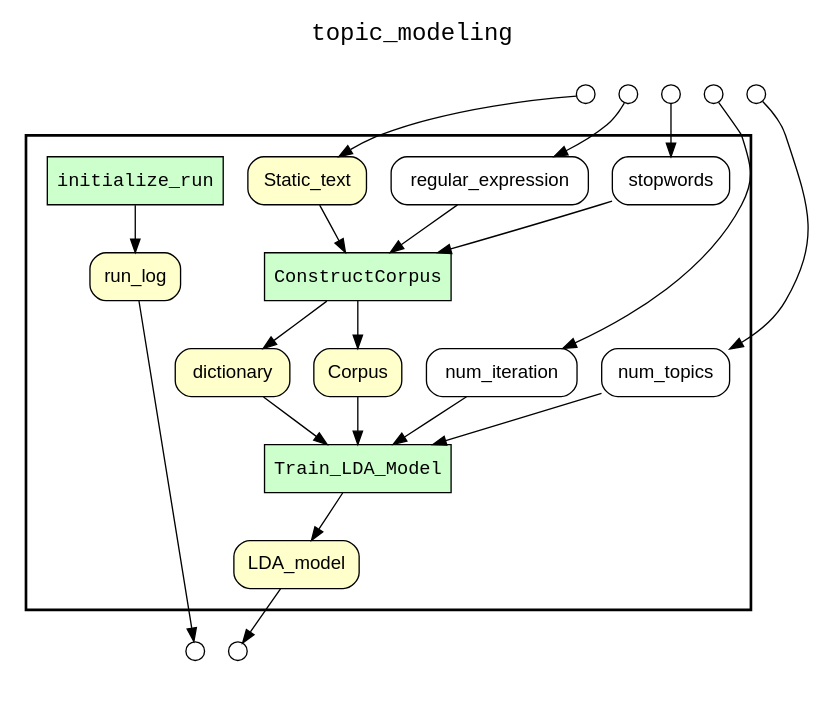
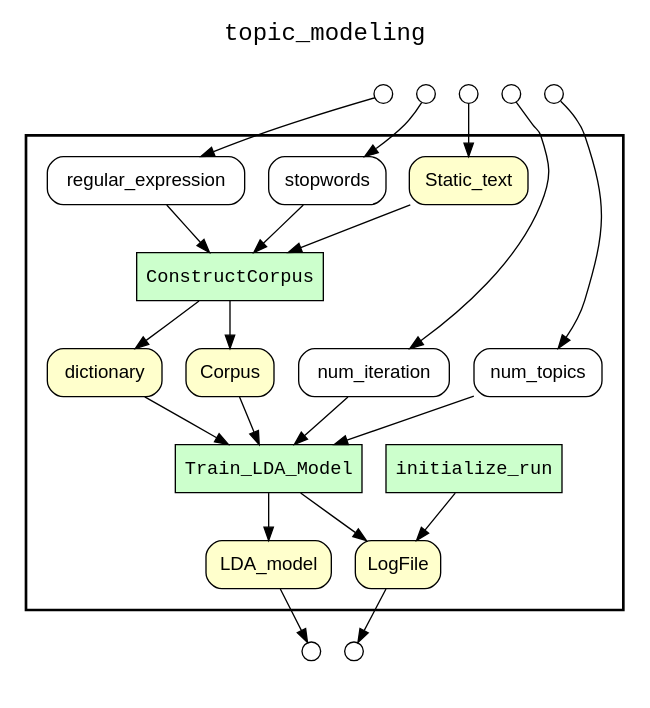
One commit to LanLi2017/yw_text-mining changed the diagram in text_mining/topic_modeling/results/complete_wf_graph.gv. Above: the diagram before and after it, drawn with Graphviz. The commit also changed 33 other files, not shown here.

```diff
--- a/text_mining/topic_modeling/results/complete_wf_graph.gv
+++ b/text_mining/topic_modeling/results/complete_wf_graph.gv
@@ -1,58 +1,59 @@
 
 digraph yw_data_view {
 rankdir=TB
 fontname=Courier; fontsize=18; labelloc=t
 label="topic_modeling"
 subgraph cluster_workflow { label=""; color=black; penwidth=2
 subgraph cluster_workflow_inner { label=""; color=white
 node[shape=box style="filled" fillcolor="#CCFFCC" peripheries=1 fontname=Courier]
 initialize_run
 Train_LDA_Model
 node[shape=box style="filled" fillcolor="#CCFFCC" peripheries=1 fontname=Courier]
 ConstructCorpus
 node[shape=box style="rounded,filled" fillcolor="#FFFFCC" peripheries=1 fontname=Helvetica]
-run_log
+LogFile
 Static_text
 dictionary
 Corpus
 LDA_model
 node[shape=box style="rounded,filled" fillcolor="#FFFFFF" peripheries=1 fontname=Helvetica]
 stopwords
 regular_expression
 num_iteration
 num_topics
 }}
 subgraph cluster_inflows { label=""; color=white; penwidth=2
 subgraph cluster_inflows_inner { label=""; color=white
 node[shape=circle fillcolor="#FFFFFF" peripheries=1 width=0.2]
 Static_text_inflow [label=""]
 stopwords_inflow [label=""]
 regular_expression_inflow [label=""]
 num_iteration_inflow [label=""]
 num_topics_inflow [label=""]
 }}
 subgraph cluster_outflows { label=""; color=white; penwidth=2
 subgraph cluster_outflows_inner { label=""; color=white
 node[shape=circle fillcolor="#FFFFFF" peripheries=1 width=0.2]
 LDA_model_outflow [label=""]
-run_log_outflow [label=""]
+LogFile_outflow [label=""]
 }}
 Static_text -> ConstructCorpus
 stopwords -> ConstructCorpus
 regular_expression -> ConstructCorpus
 dictionary -> Train_LDA_Model
 Corpus -> Train_LDA_Model
 num_iteration -> Train_LDA_Model
 num_topics -> Train_LDA_Model
-initialize_run -> run_log
+initialize_run -> LogFile
 ConstructCorpus -> dictionary
 ConstructCorpus -> Corpus
+Train_LDA_Model -> LogFile
 Train_LDA_Model -> LDA_model
 Static_text_inflow -> Static_text
 stopwords_inflow -> stopwords
 regular_expression_inflow -> regular_expression
 num_iteration_inflow -> num_iteration
 num_topics_inflow -> num_topics
 LDA_model -> LDA_model_outflow
-run_log -> run_log_outflow
+LogFile -> LogFile_outflow
 }
```
